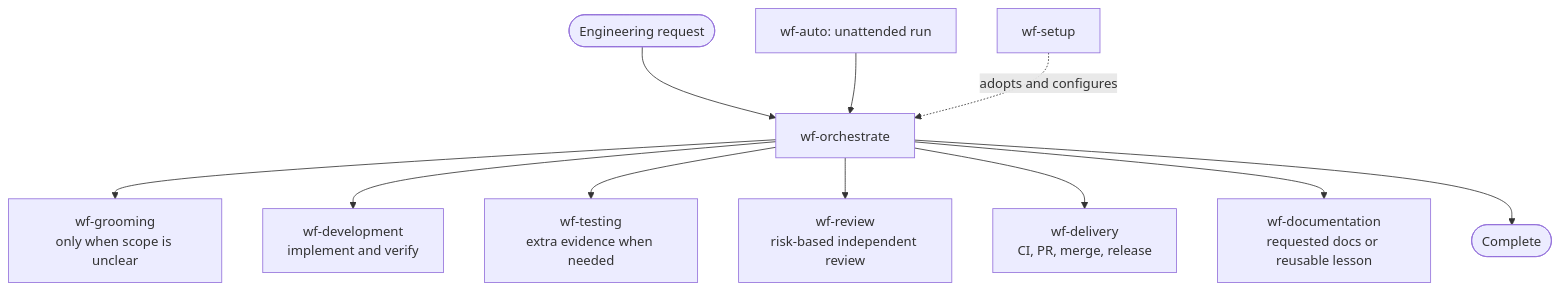
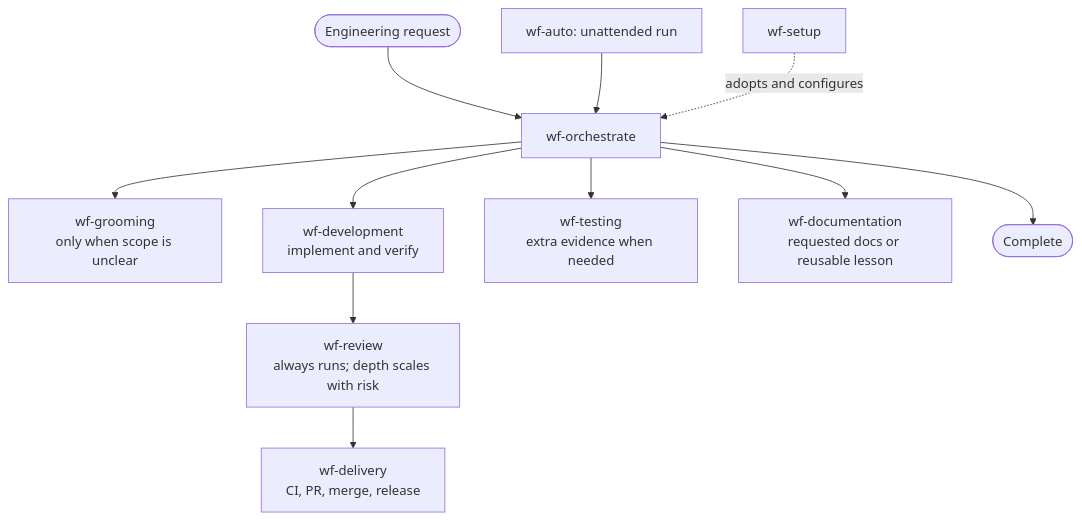
The second of 5 diagrams in plugins/agentic-engineering/FLOWS.md (Life-With-Data/agentic-engineering), drawn with Mermaid before and after one commit. The commit also changed other lines of this file and 10 other files, not shown here.

First line of the commit message:
fix(workflow): make wf-review a mandatory hop before delivery (#438)

````diff
--- a/plugins/agentic-engineering/FLOWS.md
+++ b/plugins/agentic-engineering/FLOWS.md
@@ -18,13 +19,13 @@
 ```mermaid
 flowchart TD
     req([Engineering request]) --> O["wf-orchestrate"]
     auto["wf-auto: unattended run"] --> O
     O --> G["wf-grooming<br/>only when scope is unclear"]
     O --> D["wf-development<br/>implement and verify"]
+    D --> R["wf-review<br/>always runs; depth scales with risk"]
     O --> T["wf-testing<br/>extra evidence when needed"]
-    O --> R["wf-review<br/>risk-based independent review"]
-    O --> L["wf-delivery<br/>CI, PR, merge, release"]
+    R --> L["wf-delivery<br/>CI, PR, merge, release"]
     O --> K["wf-documentation<br/>requested docs or reusable lesson"]
     O --> done([Complete])
     S["wf-setup"] -. "adopts and configures" .-> O
 ```
````
